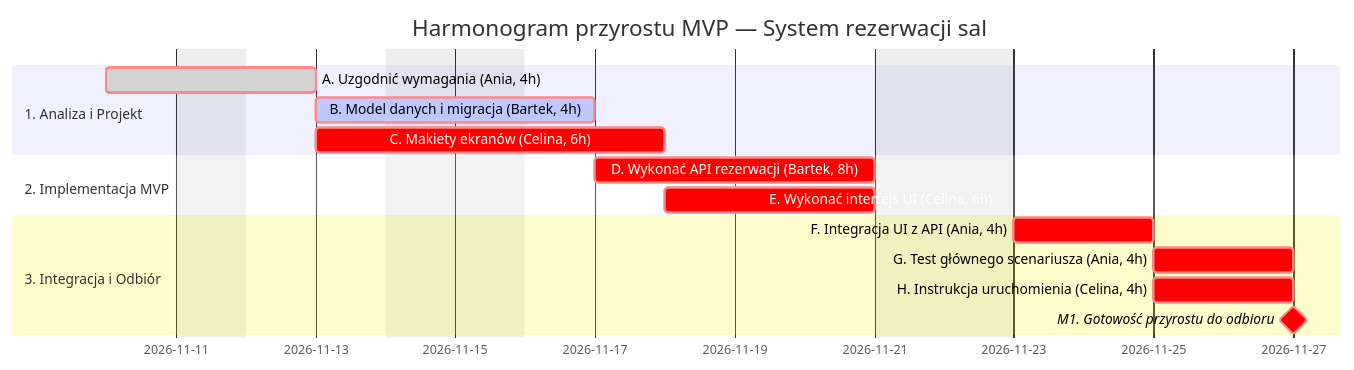
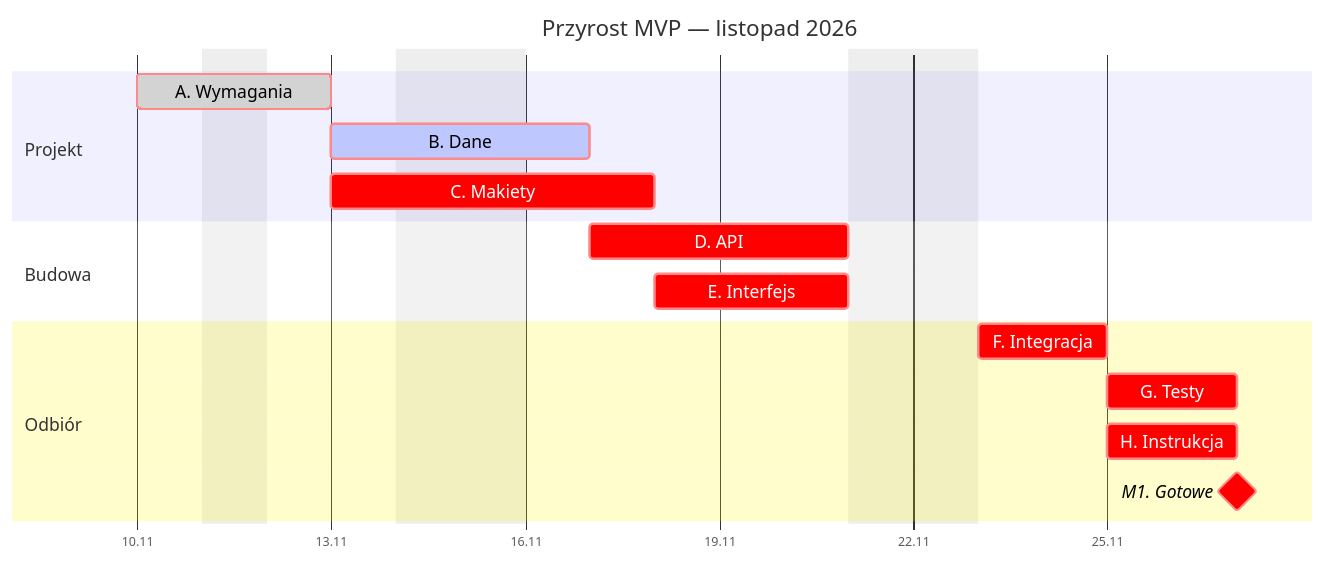
Before and after one commit to wgalka/engineering-project: the diagram in 2026-2027/lab4/gantt-krok-po-kroku.md, drawn with Mermaid. The commit also changed other lines of this file and 2 other files, not shown here.

Commit message:
Fix LaTeX figure snippet block so MathJax does not treat it as math formula

````diff
--- a/2026-2027/lab4/gantt-krok-po-kroku.md
+++ b/2026-2027/lab4/gantt-krok-po-kroku.md
@@ -384,21 +384,25 @@
 ```mermaid
+%%{init: {"gantt": {"barHeight": 28, "barGap": 12, "topPadding": 55, "leftPadding": 100, "rightPadding": 120, "fontSize": 14, "sectionFontSize": 14, "useMaxWidth": true}}}%%
 gantt
-    title Harmonogram przyrostu MVP — System rezerwacji sal
+    title Przyrost MVP — listopad 2026
     dateFormat  YYYY-MM-DD
+    axisFormat  %d.%m
+    tickInterval 3day
+    todayMarker off
     excludes    weekends, 2026-11-11
 
-    section 1. Analiza i Projekt
-    A. Uzgodnić wymagania (Ania, 4h)          :crit, done, a, 2026-11-10, 2d
-    B. Model danych i migracja (Bartek, 4h)   :crit, active, b, after a, 2d
-    C. Makiety ekranów (Celina, 6h)           :crit, c, after a, 3d
+    section Projekt
+    A. Wymagania      :crit, done, a, 2026-11-10, 2d
+    B. Dane           :crit, active, b, after a, 2d
+    C. Makiety        :crit, c, after a, 3d
 
-    section 2. Implementacja MVP
-    D. Wykonać API rezerwacji (Bartek, 8h)    :crit, d, after b, 4d
-    E. Wykonać interfejs UI (Celina, 6h)      :crit, e, after c, 3d
+    section Budowa
+    D. API            :crit, d, after b, 4d
+    E. Interfejs      :crit, e, after c, 3d
 
-    section 3. Integracja i Odbiór
-    F. Integracja UI z API (Ania, 4h)         :crit, f, after d e, 2d
-    G. Test głównego scenariusza (Ania, 4h)   :crit, g, after f, 2d
-    H. Instrukcja uruchomienia (Celina, 4h)   :crit, h, after f, 2d
-    M1. Gotowość przyrostu do odbioru         :milestone, crit, m1, after g h, 0d
+    section Odbiór
+    F. Integracja     :crit, f, after d e, 2d
+    G. Testy          :crit, g, after f, 2d
+    H. Instrukcja     :crit, h, after f, 2d
+    M1. Gotowe        :milestone, crit, m1, after g h, 0d
 ```
````
